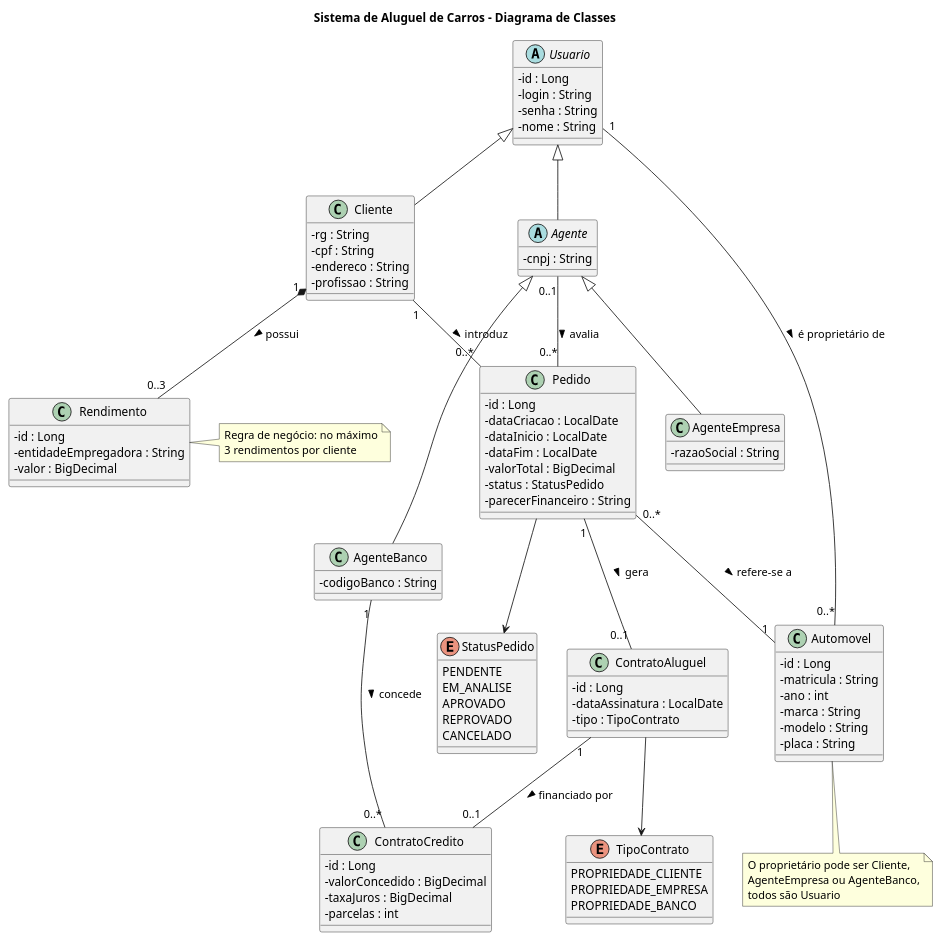
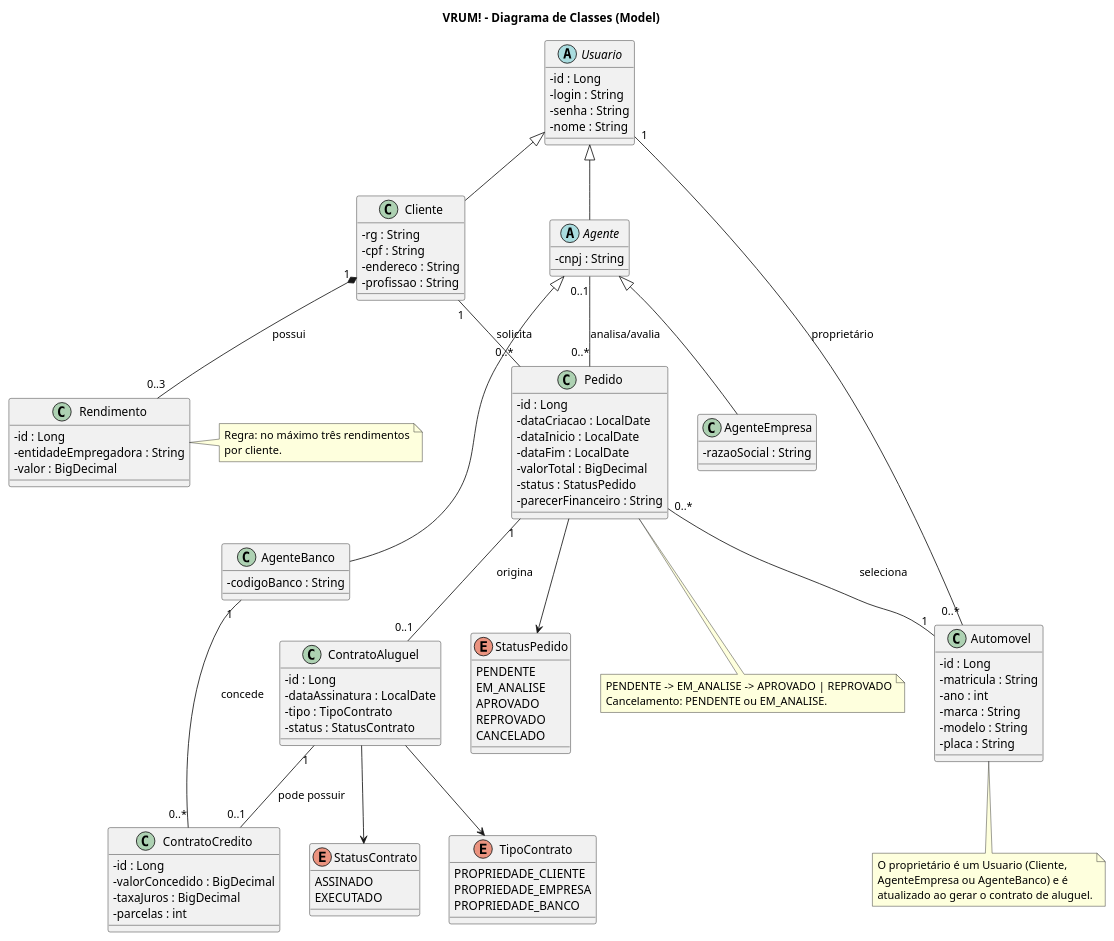
One commit to pamelanilo/Sistema_Aluguel_Carros changed the diagram in docs/diagramas/Diagrama_classes.puml. Above: the diagram before and after it, drawn with PlantUML. The commit also changed 51 other files, not shown here.

```diff
--- a/docs/diagramas/Diagrama_classes.puml
+++ b/docs/diagramas/Diagrama_classes.puml
@@ -1,117 +1,108 @@
 @startuml
 skinparam shadowing false
 skinparam DefaultFontName Arial
 skinparam classAttributeIconSize 0
-
-title Sistema de Aluguel de Carros - Diagrama de Classes
+title VRUM! - Diagrama de Classes (Model)
 
 abstract class Usuario {
   - id : Long
   - login : String
   - senha : String
   - nome : String
 }
-
 class Cliente {
   - rg : String
   - cpf : String
   - endereco : String
   - profissao : String
 }
-
 class Rendimento {
   - id : Long
   - entidadeEmpregadora : String
   - valor : BigDecimal
 }
-
 abstract class Agente {
   - cnpj : String
 }
-
 class AgenteEmpresa {
   - razaoSocial : String
 }
-
 class AgenteBanco {
   - codigoBanco : String
 }
-
 class Automovel {
   - id : Long
   - matricula : String
   - ano : int
   - marca : String
   - modelo : String
   - placa : String
 }
-
 class Pedido {
   - id : Long
   - dataCriacao : LocalDate
   - dataInicio : LocalDate
   - dataFim : LocalDate
   - valorTotal : BigDecimal
   - status : StatusPedido
   - parecerFinanceiro : String
 }
-
 class ContratoAluguel {
   - id : Long
   - dataAssinatura : LocalDate
   - tipo : TipoContrato
+  - status : StatusContrato
 }
-
 class ContratoCredito {
   - id : Long
   - valorConcedido : BigDecimal
   - taxaJuros : BigDecimal
   - parcelas : int
 }
-
 enum StatusPedido {
   PENDENTE
   EM_ANALISE
   APROVADO
   REPROVADO
   CANCELADO
 }
-
+enum StatusContrato {
+  ASSINADO
+  EXECUTADO
+}
 enum TipoContrato {
   PROPRIEDADE_CLIENTE
   PROPRIEDADE_EMPRESA
   PROPRIEDADE_BANCO
 }
 
 Usuario <|-- Cliente
 Usuario <|-- Agente
 Agente <|-- AgenteEmpresa
 Agente <|-- AgenteBanco
-
-Cliente "1" *-- "0..3" Rendimento : possui >
-
-Cliente "1" -- "0..*" Pedido : introduz >
-Agente "0..1" -- "0..*" Pedido : avalia >
-Pedido "0..*" -- "1" Automovel : refere-se a >
-Pedido "1" -- "0..1" ContratoAluguel : gera >
-
-Usuario "1" -- "0..*" Automovel : é proprietário de >
-
-ContratoAluguel "1" -- "0..1" ContratoCredito : financiado por >
-AgenteBanco "1" -- "0..*" ContratoCredito : concede >
-
+Cliente "1" *-- "0..3" Rendimento : possui
+Cliente "1" -- "0..*" Pedido : solicita
+Agente "0..1" -- "0..*" Pedido : analisa/avalia
+Pedido "0..*" -- "1" Automovel : seleciona
+Pedido "1" -- "0..1" ContratoAluguel : origina
+Usuario "1" -- "0..*" Automovel : proprietário
+ContratoAluguel "1" -- "0..1" ContratoCredito : pode possuir
+AgenteBanco "1" -- "0..*" ContratoCredito : concede
 Pedido --> StatusPedido
 ContratoAluguel --> TipoContrato
+ContratoAluguel --> StatusContrato
 
 note right of Rendimento
-  Regra de negócio: no máximo
-  3 rendimentos por cliente
+  Regra: no máximo três rendimentos
+  por cliente.
 end note
-
 note bottom of Automovel
-  O proprietário pode ser Cliente,
-  AgenteEmpresa ou AgenteBanco,
-  todos são Usuario
+  O proprietário é um Usuario (Cliente,
+  AgenteEmpresa ou AgenteBanco) e é
+  atualizado ao gerar o contrato de aluguel.
 end note
-
+note bottom of Pedido
+  PENDENTE -> EM_ANALISE -> APROVADO | REPROVADO
+  Cancelamento: PENDENTE ou EM_ANALISE.
+end note
 @enduml
```
